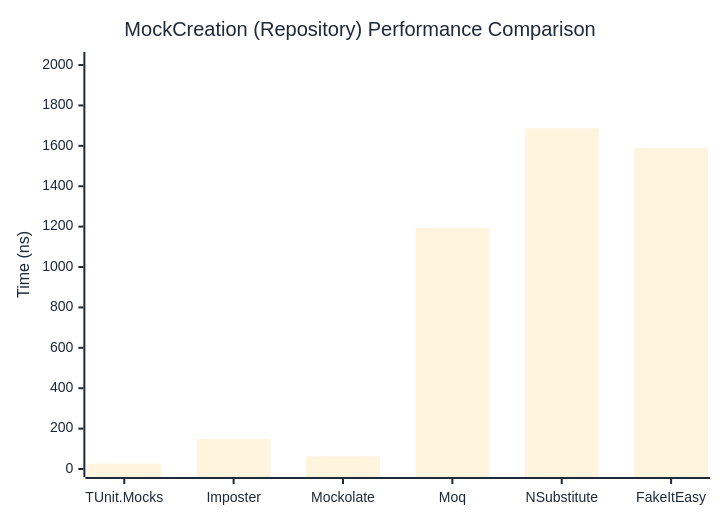
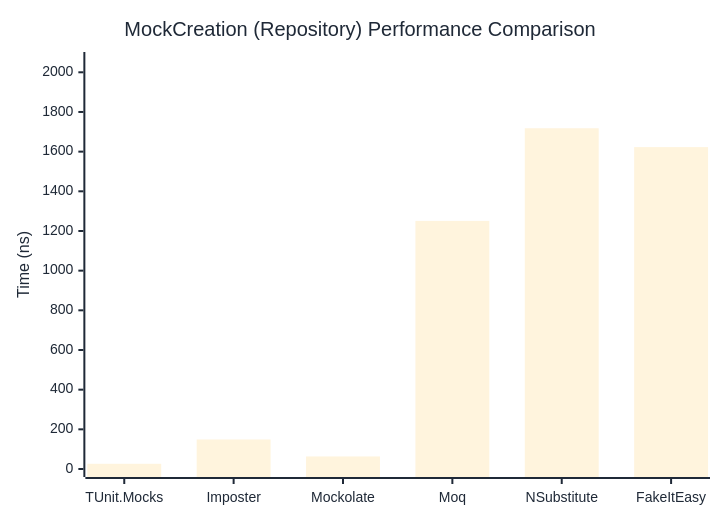
Before and after one commit to thomhurst/TUnit: the second of 2 diagrams in docs/docs/benchmarks/mocks/MockCreation.md, drawn with Mermaid. The commit also changed other lines of this file and 14 other files, not shown here.

````diff
--- a/docs/docs/benchmarks/mocks/MockCreation.md
+++ b/docs/docs/benchmarks/mocks/MockCreation.md
@@ -69,27 +69,27 @@
 ```mermaid
 %%{init: {
   'theme':'base',
   'themeVariables': {
     'primaryColor': '#2563eb',
     'primaryTextColor': '#1f2937',
     'primaryBorderColor': '#1e40af',
     'lineColor': '#6b7280',
     'secondaryColor': '#7c3aed',
     'tertiaryColor': '#dc2626',
     'background': '#ffffff',
     'pie1': '#2563eb',
     'pie2': '#7c3aed',
     'pie3': '#dc2626',
     'pie4': '#f59e0b',
     'pie5': '#10b981',
     'pie6': '#06b6d4',
     'pie7': '#ec4899',
     'pie8': '#6366f1'
   }
 }}%%
 xychart-beta
   title "MockCreation (Repository) Performance Comparison"
   x-axis ["TUnit.Mocks", "Imposter", "Mockolate", "Moq", "NSubstitute", "FakeItEasy"]
-  y-axis "Time (ns)" 0 --> 2025
-  bar [26.44, 149.26, 62.87, 1193.82, 1687.02, 1590.66]
+  y-axis "Time (ns)" 0 --> 2062
+  bar [26.3, 148.78, 63.25, 1250.84, 1717.91, 1622.8]
 ```
````
